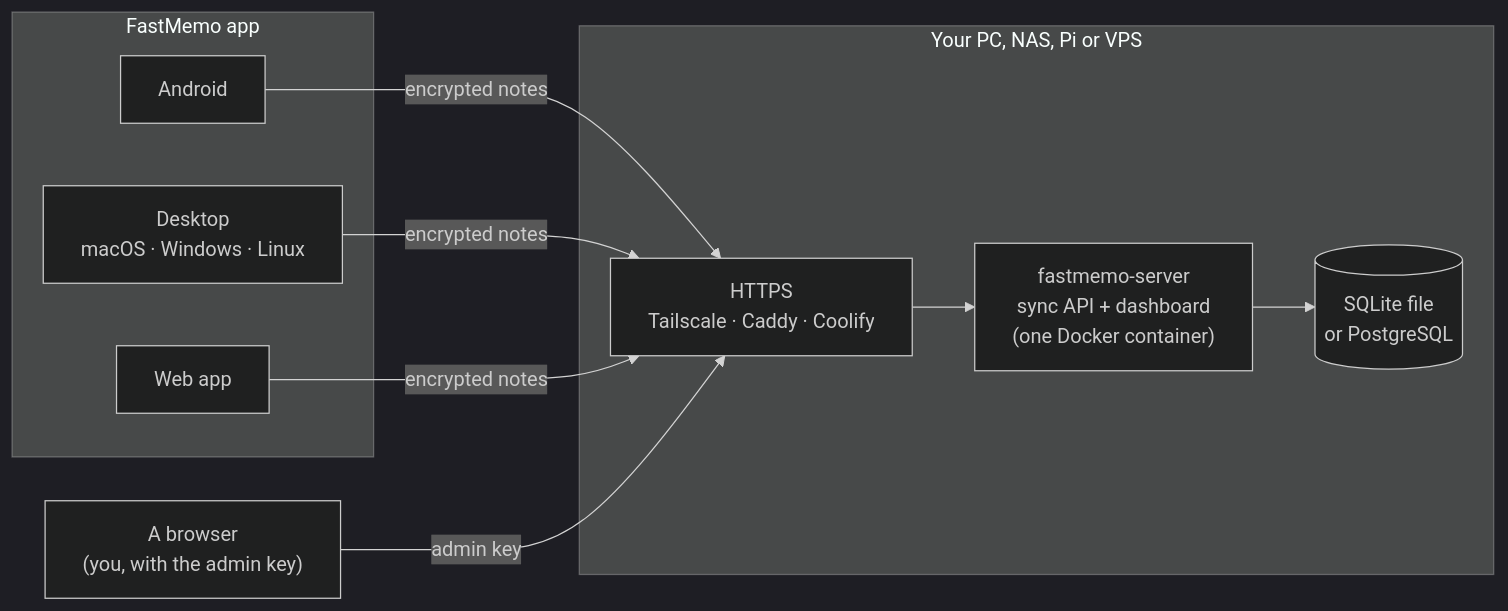
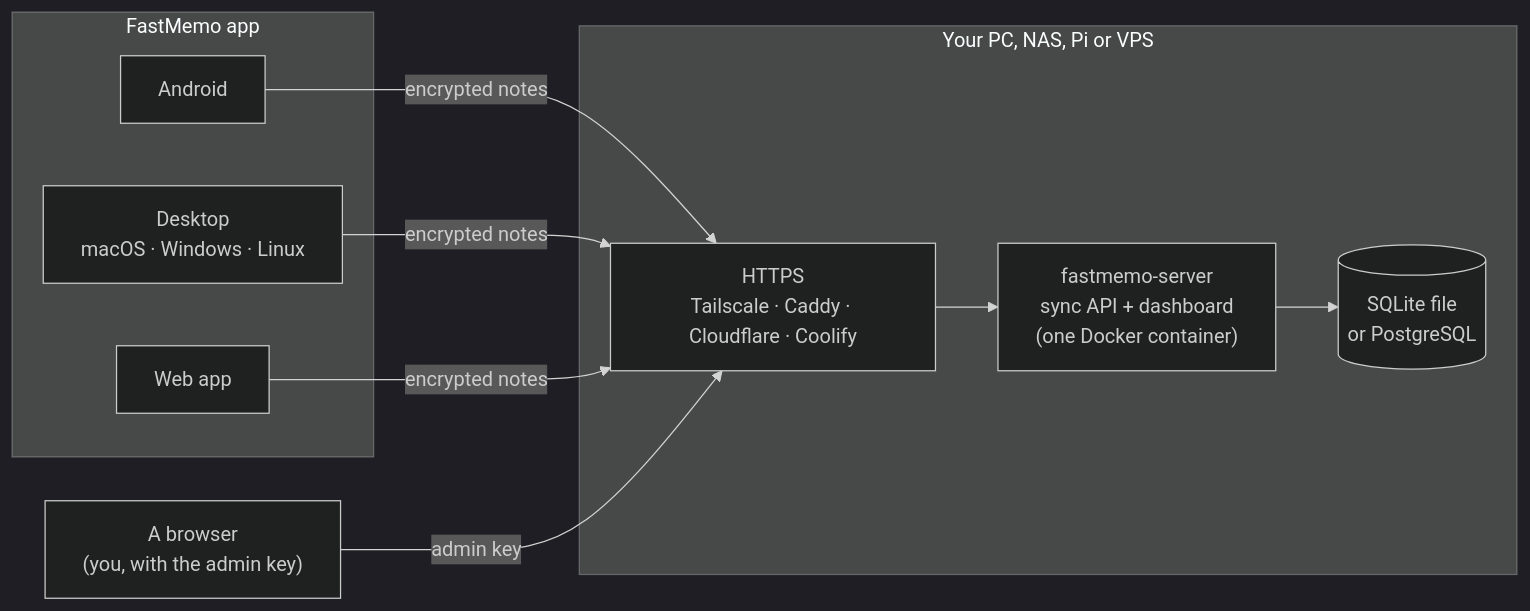
Before and after one commit to ontech7/fastmemo-server: the first of 2 diagrams in README.md, drawn with Mermaid (dark theme). The commit also changed other lines of this file and 7 other files, not shown here.

Commit message:
docs: HTTPS with Tailscale in a container, Tailscale Funnel and Cloudflare Tunnel

````diff
--- a/README.md
+++ b/README.md
@@ -47,19 +47,19 @@
 ```mermaid
 flowchart LR
   subgraph devices["FastMemo app"]
     phone["Android"]
     desktop["Desktop<br/>macOS · Windows · Linux"]
     web["Web app"]
   end
   browser["A browser<br/>(you, with the admin key)"]
 
   subgraph host["Your PC, NAS, Pi or VPS"]
-    https["HTTPS<br/>Tailscale · Caddy · Coolify"]
+    https["HTTPS<br/>Tailscale · Caddy · Cloudflare · Coolify"]
     server["fastmemo-server<br/>sync API + dashboard<br/>(one Docker container)"]
     db[("SQLite file<br/>or PostgreSQL")]
   end
 
   phone & desktop & web -- "encrypted notes" --> https
   browser -- "admin key" --> https
   https --> server --> db
 ```
````
